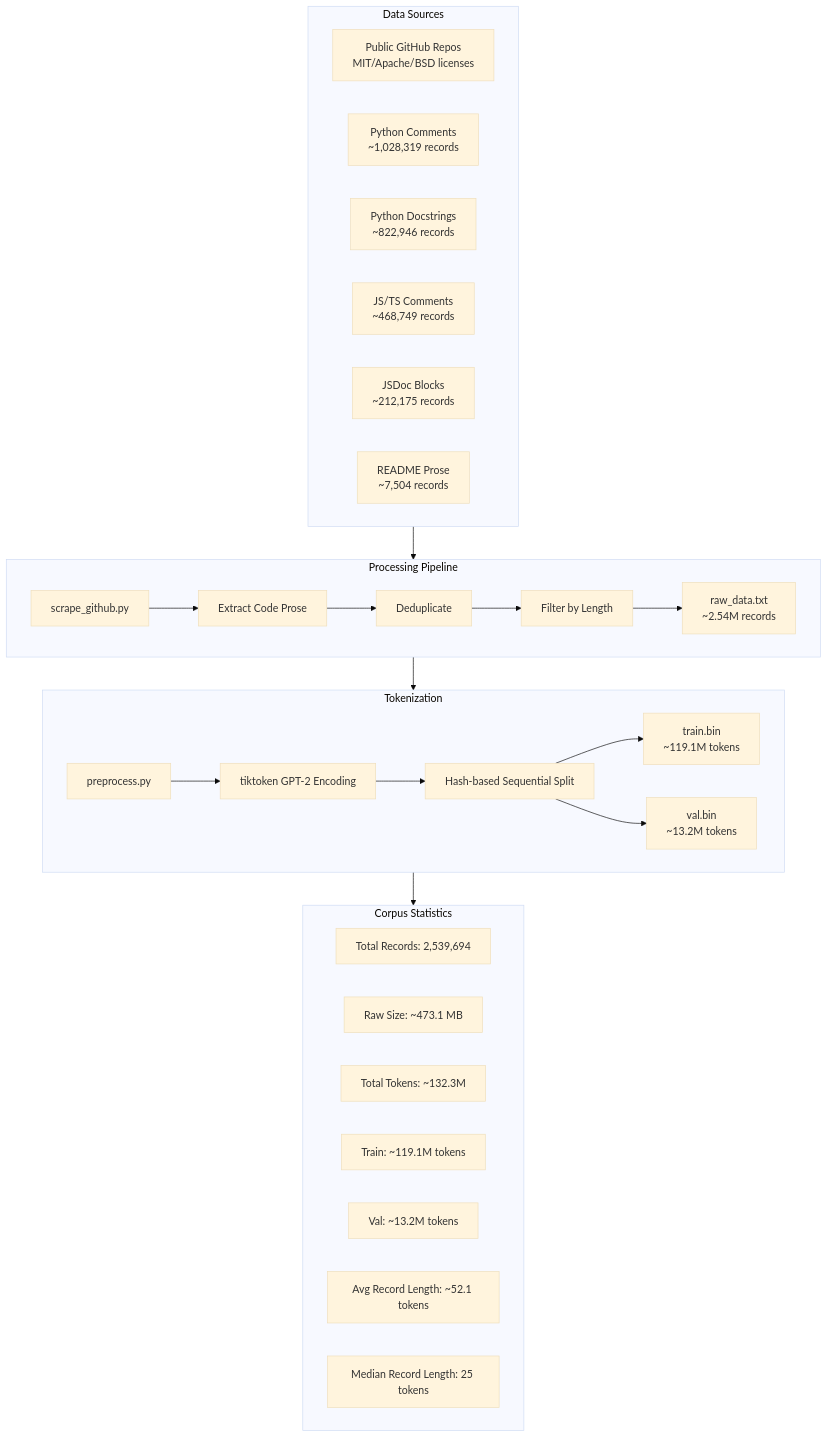
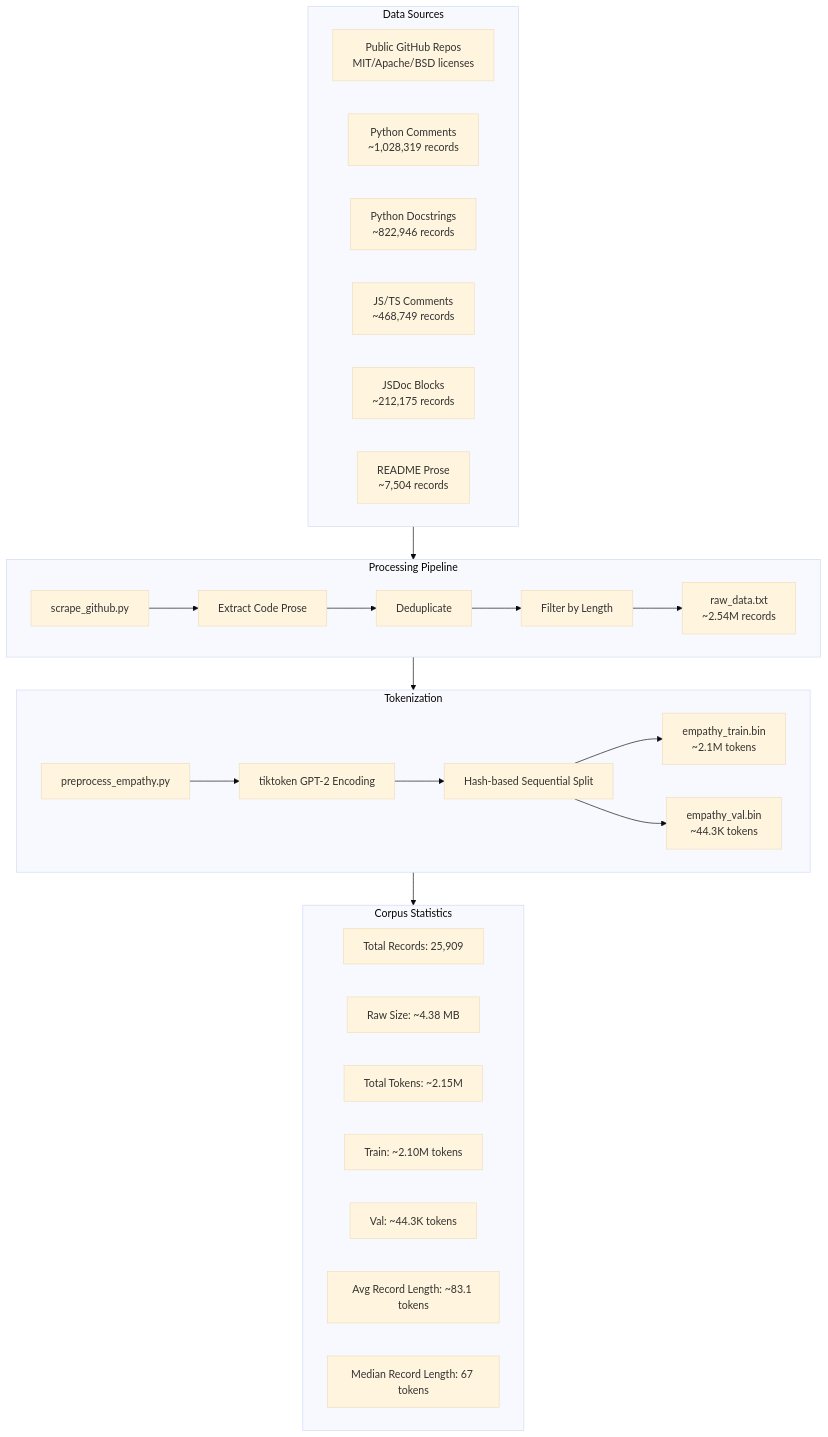
The fifth of 15 diagrams in README.md (bharqav/SLM), drawn with Mermaid (base theme) before and after one commit. The commit also changed other lines of this file and 51 other files, not shown here.

````diff
--- a/README.md
+++ b/README.md
@@ -426,40 +440,40 @@
 ```mermaid
 flowchart TB
     subgraph Sources[Data Sources]
         G1[Public GitHub Repos<br/>MIT/Apache/BSD licenses]
         G2[Python Comments<br/>~1,028,319 records]
         G3[Python Docstrings<br/>~822,946 records]
         G4[JS/TS Comments<br/>~468,749 records]
         G5[JSDoc Blocks<br/>~212,175 records]
         G6[README Prose<br/>~7,504 records]
     end
 
     subgraph Processing[Processing Pipeline]
         P1[scrape_github.py] --> P2[Extract Code Prose]
         P2 --> P3[Deduplicate]
         P3 --> P4[Filter by Length]
         P4 --> P5[raw_data.txt<br/>~2.54M records]
     end
 
     subgraph Tokenization[Tokenization]
-        T1[preprocess.py] --> T2[tiktoken GPT-2 Encoding]
+        T1[preprocess_empathy.py] --> T2[tiktoken GPT-2 Encoding]
         T2 --> T3[Hash-based Sequential Split]
-        T3 --> T4[train.bin<br/>~119.1M tokens]
-        T3 --> T5[val.bin<br/>~13.2M tokens]
+        T3 --> T4[empathy_train.bin<br/>~2.1M tokens]
+        T3 --> T5[empathy_val.bin<br/>~44.3K tokens]
     end
 
     Sources --> Processing
     Processing --> Tokenization
 
     subgraph Stats[Corpus Statistics]
-        ST1[Total Records: 2,539,694]
-        ST2[Raw Size: ~473.1 MB]
-        ST3[Total Tokens: ~132.3M]
-        ST4[Train: ~119.1M tokens]
-        ST5[Val: ~13.2M tokens]
-        ST6[Avg Record Length: ~52.1 tokens]
-        ST7[Median Record Length: 25 tokens]
+        ST1[Total Records: 25,909]
+        ST2[Raw Size: ~4.38 MB]
+        ST3[Total Tokens: ~2.15M]
+        ST4[Train: ~2.10M tokens]
+        ST5[Val: ~44.3K tokens]
+        ST6[Avg Record Length: ~83.1 tokens]
+        ST7[Median Record Length: 67 tokens]
     end
 
     Tokenization --> Stats
 ```
````
